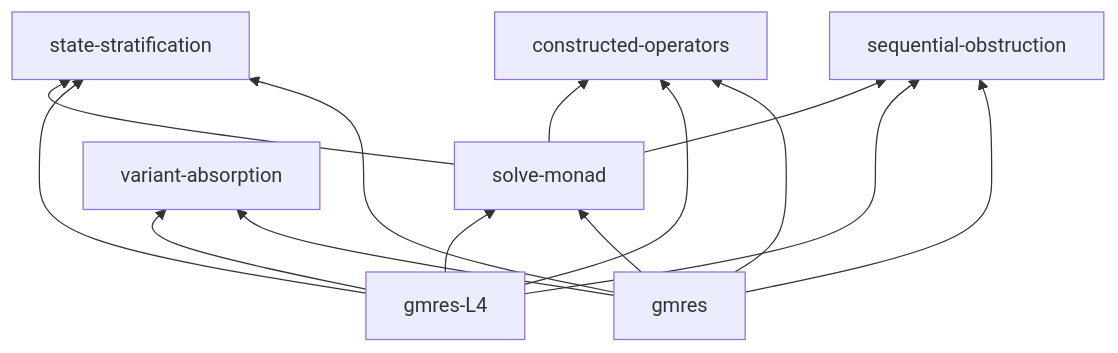
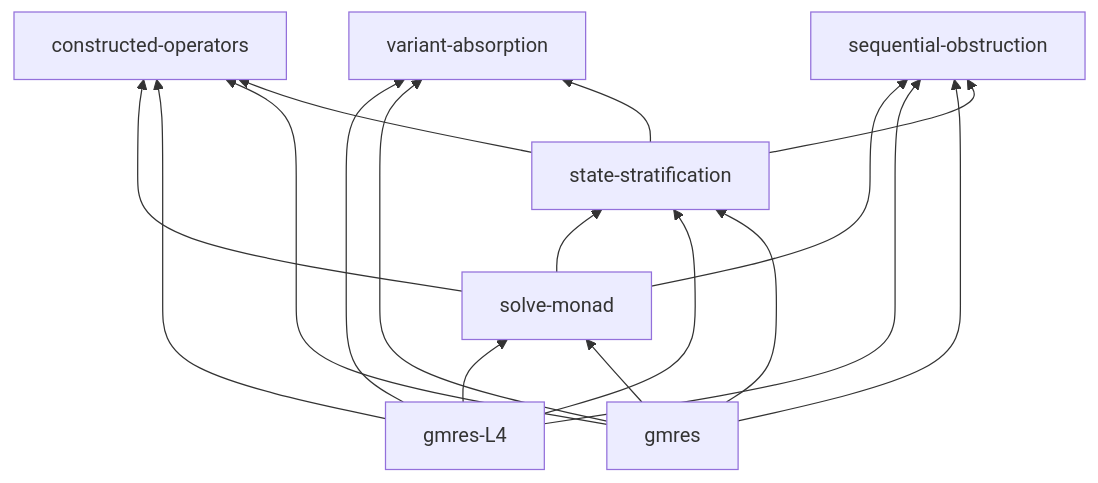
One commit to crutcher/palace_whiteroom changed the fifth of 5 diagrams in book/src/concepts/dependency-map.md. Above: the diagram before and after it, drawn with Mermaid. The commit also changed 3 other files, not shown here.

````diff
--- a/book/src/concepts/dependency-map.md
+++ b/book/src/concepts/dependency-map.md
@@ -118,16 +118,19 @@
 ```mermaid
 graph BT
   solve-monad --> state-stratification
   solve-monad --> constructed-operators
   solve-monad --> sequential-obstruction
   gmres-L4 --> state-stratification
   gmres-L4 --> solve-monad
   gmres-L4 --> constructed-operators
   gmres-L4 --> variant-absorption
   gmres-L4 --> sequential-obstruction
   gmres --> state-stratification
   gmres --> solve-monad
   gmres --> constructed-operators
   gmres --> variant-absorption
   gmres --> sequential-obstruction
+  state-stratification --> constructed-operators
+  state-stratification --> variant-absorption
+  state-stratification --> sequential-obstruction
 ```
````
